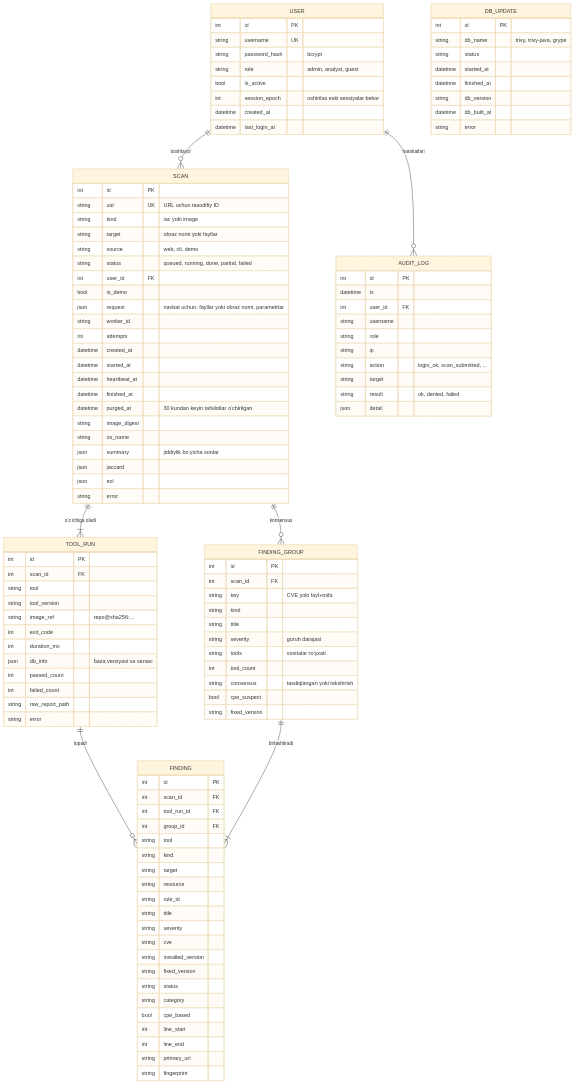
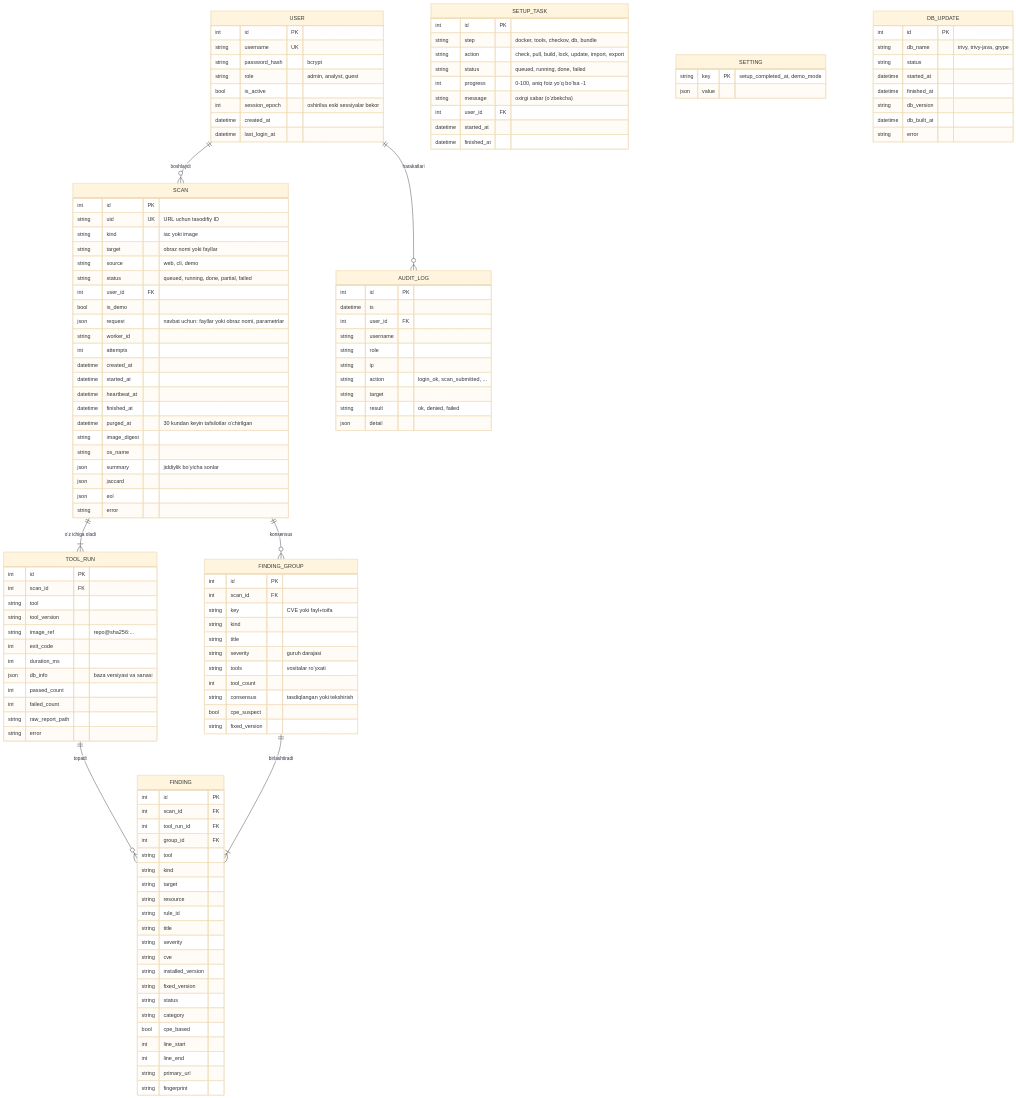
Before and after one commit to Abduvokhobov5888/blutlik_texnologiya: the sixth of 8 diagrams in docs/arxitektura.md, drawn with Mermaid (base theme). The commit also changed other lines of this file, not shown here.

```diff
--- a/docs/arxitektura.md
+++ b/docs/arxitektura.md
@@ -616,6 +620,21 @@
         bool cpe_suspect
         string fixed_version
     }
+    SETUP_TASK {
+        int id PK
+        string step "docker, tools, checkov, db, bundle"
+        string action "check, pull, build, lock, update, import, export"
+        string status "queued, running, done, failed"
+        int progress "0-100, aniq foiz yo‘q bo‘lsa -1"
+        string message "oxirgi xabar (o‘zbekcha)"
+        int user_id FK
+        datetime started_at
+        datetime finished_at
+    }
+    SETTING {
+        string key PK "setup_completed_at, demo_mode"
+        json value
+    }
     DB_UPDATE {
         int id PK
         string db_name "trivy, trivy-java, grype"
```
